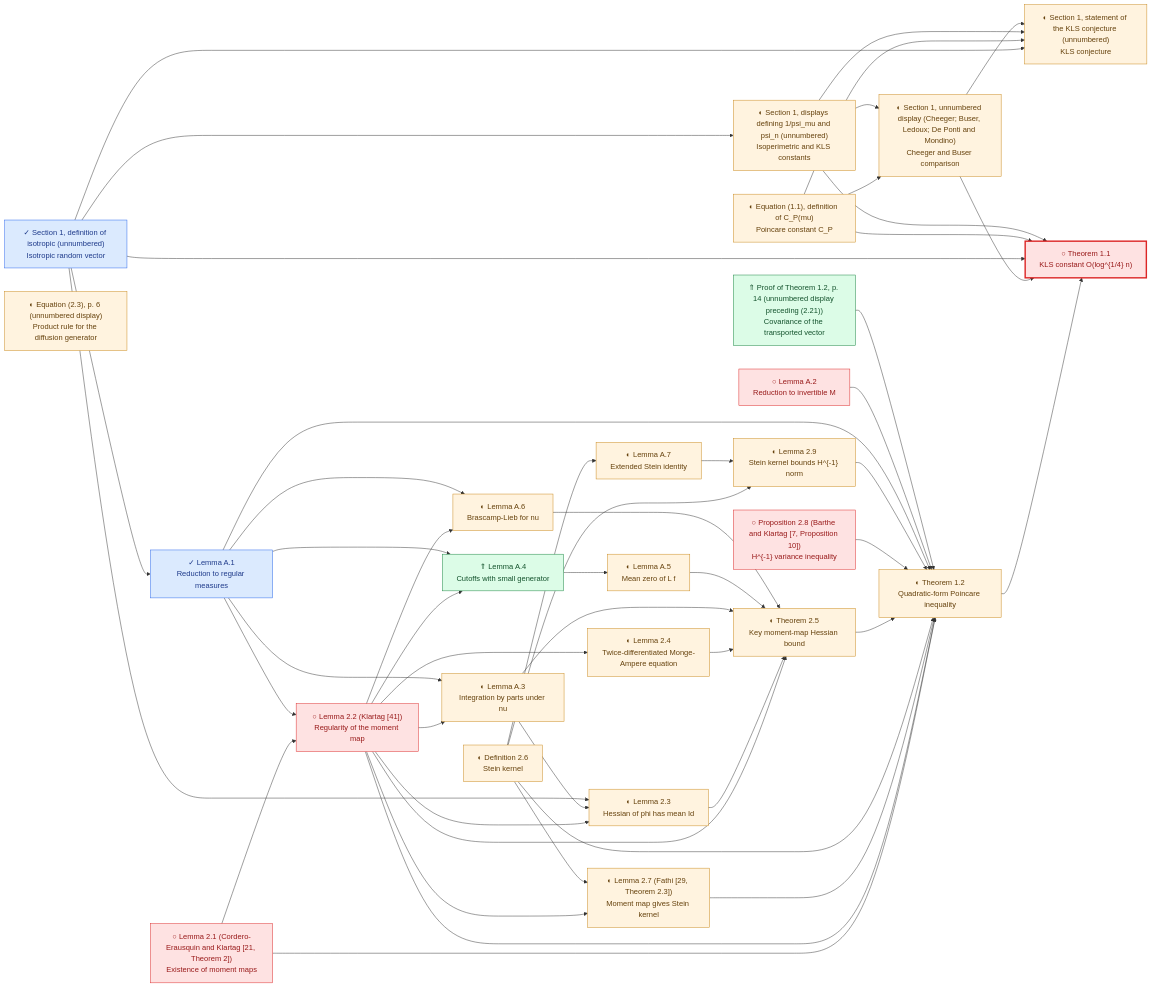
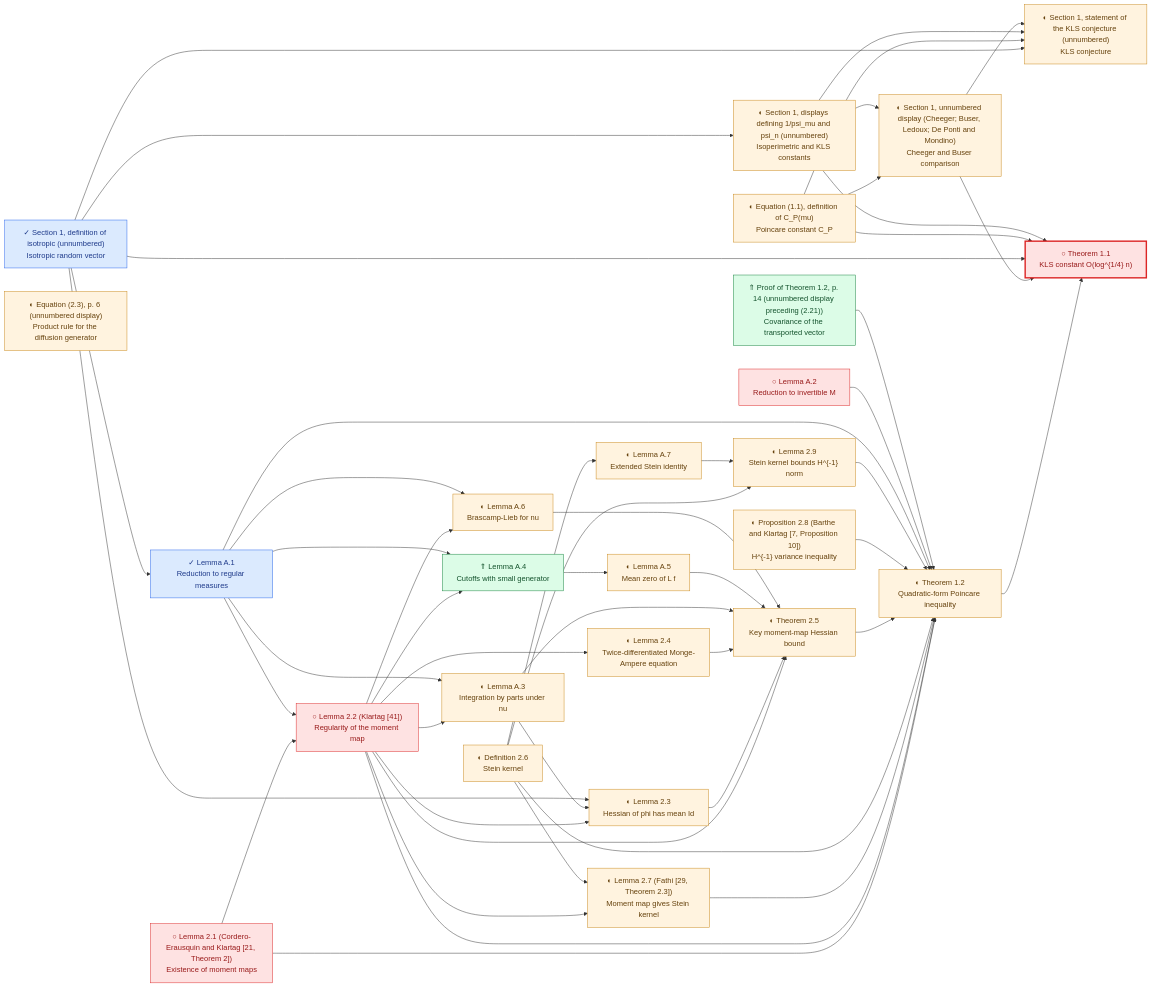
Diagram 23 of 26 in research/progress/README.md (human-ai-mathematics/kls-lean), drawn with Mermaid before and after one commit. The commit also changed other lines of this file and 12 other files, not shown here.

First line of the commit message:
BKL Claude-controller batch 6: cutoff Eldan process, conjugated (79), H^-1 variance lemma

```diff
--- a/research/progress/README.md
+++ b/research/progress/README.md
@@ -1162,7 +1162,7 @@
     Letwin2026_T25["◐ Theorem 2.5<br/>Key moment-map Hessian bound"]
     Letwin2026_D26["◐ Definition 2.6<br/>Stein kernel"]
     Letwin2026_L27["◐ Lemma 2.7 (Fathi [29, Theorem 2.3])<br/>Moment map gives Stein kernel"]
-    Letwin2026_P28["○ Proposition 2.8 (Barthe and Klartag [7, Proposition 10])<br/>H^{-1} variance inequality"]
+    Letwin2026_P28["◐ Proposition 2.8 (Barthe and Klartag [7, Proposition 10])<br/>H^{-1} variance inequality"]
     Letwin2026_L29["◐ Lemma 2.9<br/>Stein kernel bounds H^{-1} norm"]
     Letwin2026_LA1["✓ Lemma A.1<br/>Reduction to regular measures"]
     Letwin2026_LA2["○ Lemma A.2<br/>Reduction to invertible M"]
@@ -1221,9 +1221,9 @@
     classDef lemma_formalized fill:#dbeafe,stroke:#2563eb,color:#1e3a8a;
     class Letwin2026_DISO,Letwin2026_LA1 lemma_formalized;
     classDef lemma_partial fill:#fff3df,stroke:#c88719,color:#66420d;
-    class Letwin2026_DCP,Letwin2026_DPSI,Letwin2026_ECMP,Letwin2026_CONJ,Letwin2026_T12,Letwin2026_L23,Letwin2026_E23,Letwin2026_L24,Letwin2026_T25,Letwin2026_D26,Letwin2026_L27,Letwin2026_L29,Letwin2026_LA3,Letwin2026_LA5,Letwin2026_LA6,Letwin2026_LA7 lemma_partial;
+    class Letwin2026_DCP,Letwin2026_DPSI,Letwin2026_ECMP,Letwin2026_CONJ,Letwin2026_T12,Letwin2026_L23,Letwin2026_E23,Letwin2026_L24,Letwin2026_T25,Letwin2026_D26,Letwin2026_L27,Letwin2026_P28,Letwin2026_L29,Letwin2026_LA3,Letwin2026_LA5,Letwin2026_LA6,Letwin2026_LA7 lemma_partial;
     classDef lemma_pending fill:#fee2e2,stroke:#dc2626,color:#991b1b;
-    class Letwin2026_T11,Letwin2026_L21,Letwin2026_L22,Letwin2026_P28,Letwin2026_LA2 lemma_pending;
+    class Letwin2026_T11,Letwin2026_L21,Letwin2026_L22,Letwin2026_LA2 lemma_pending;
     classDef lemma_improved fill:#dcfce7,stroke:#15803d,color:#14532d;
     class Letwin2026_CZ14,Letwin2026_LA4 lemma_improved;
     style Letwin2026_T11 stroke-width:3px
```
